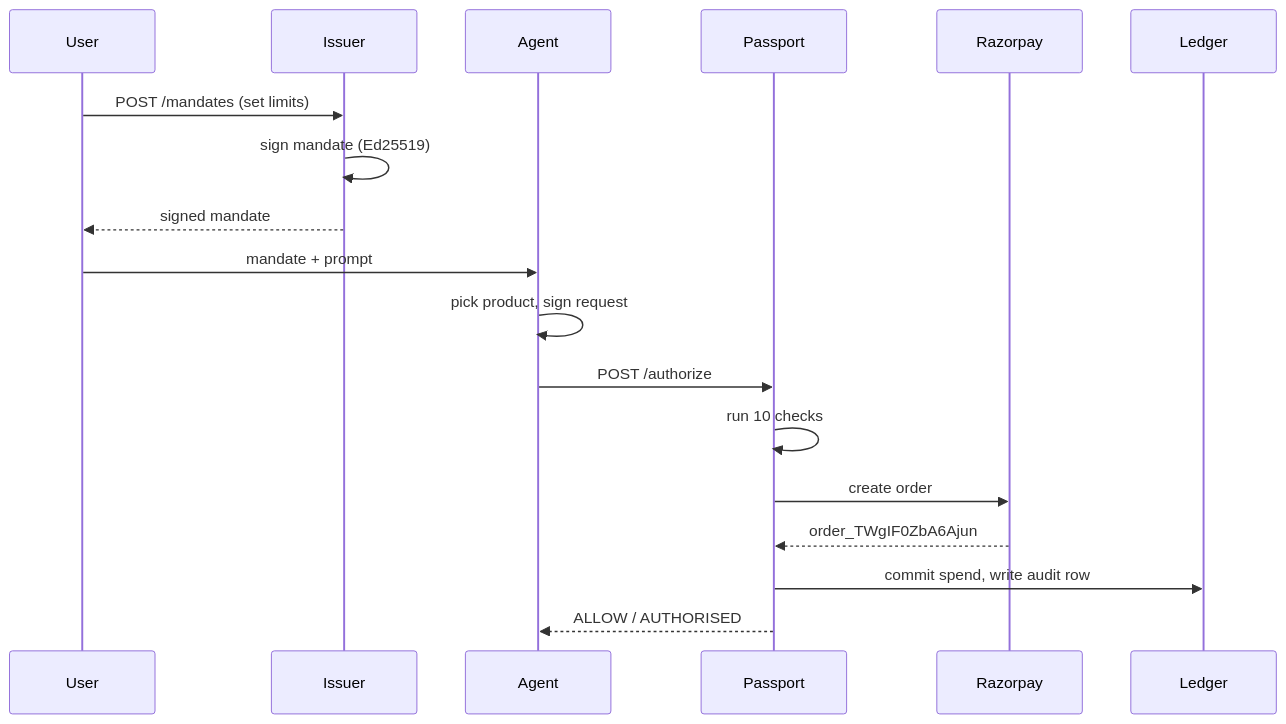
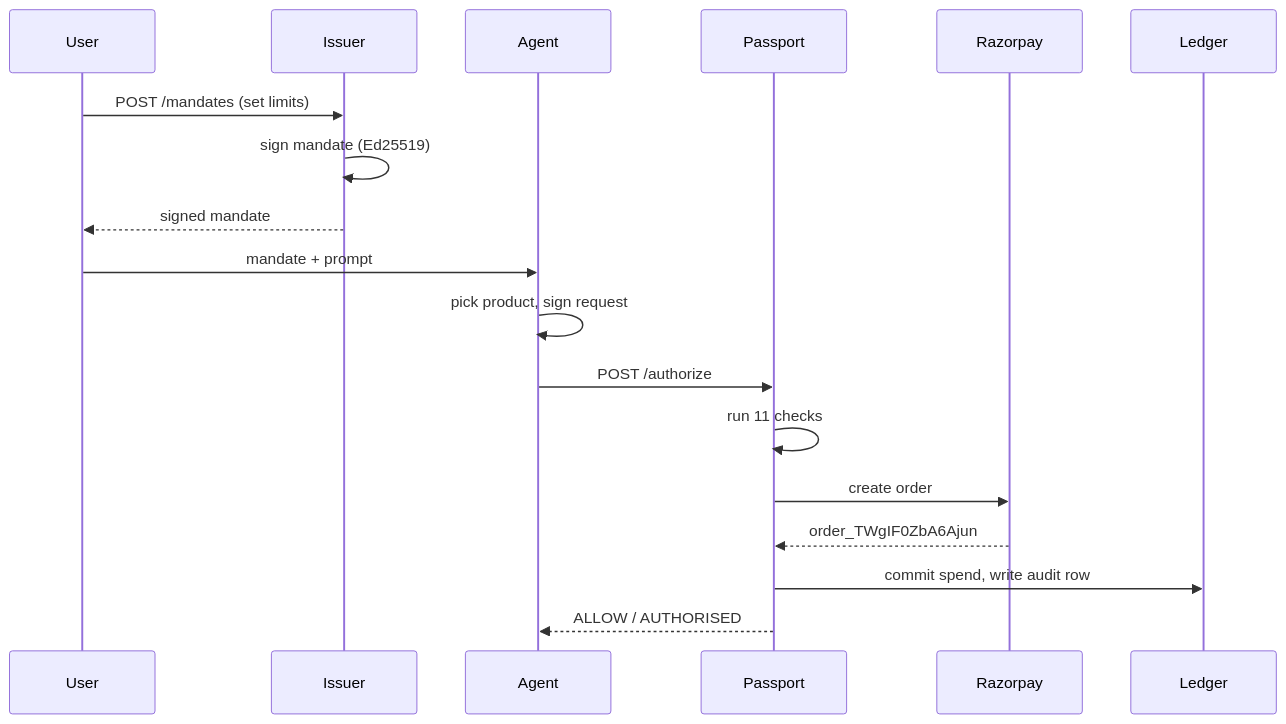
The diagram in docs/FLOW.md (SonamNath01/agent-passport), drawn with Mermaid before and after one commit. The commit also changed other lines of this file and 24 other files, not shown here.

````diff
--- a/docs/FLOW.md
+++ b/docs/FLOW.md
@@ -25,21 +25,21 @@
 ```mermaid
 sequenceDiagram
     participant User
     participant Issuer
     participant Agent
     participant Passport
     participant Razorpay
     participant Ledger
 
     User->>Issuer: POST /mandates (set limits)
     Issuer->>Issuer: sign mandate (Ed25519)
     Issuer-->>User: signed mandate
     User->>Agent: mandate + prompt
     Agent->>Agent: pick product, sign request
     Agent->>Passport: POST /authorize
-    Passport->>Passport: run 10 checks
+    Passport->>Passport: run 11 checks
     Passport->>Razorpay: create order
     Razorpay-->>Passport: order_TWgIF0ZbA6Ajun
     Passport->>Ledger: commit spend, write audit row
     Passport-->>Agent: ALLOW / AUTHORISED
 ```
````
